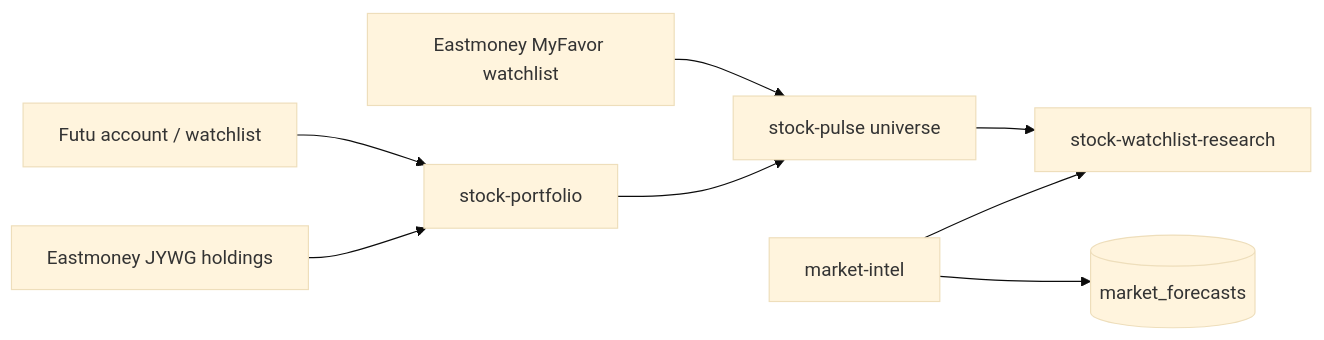
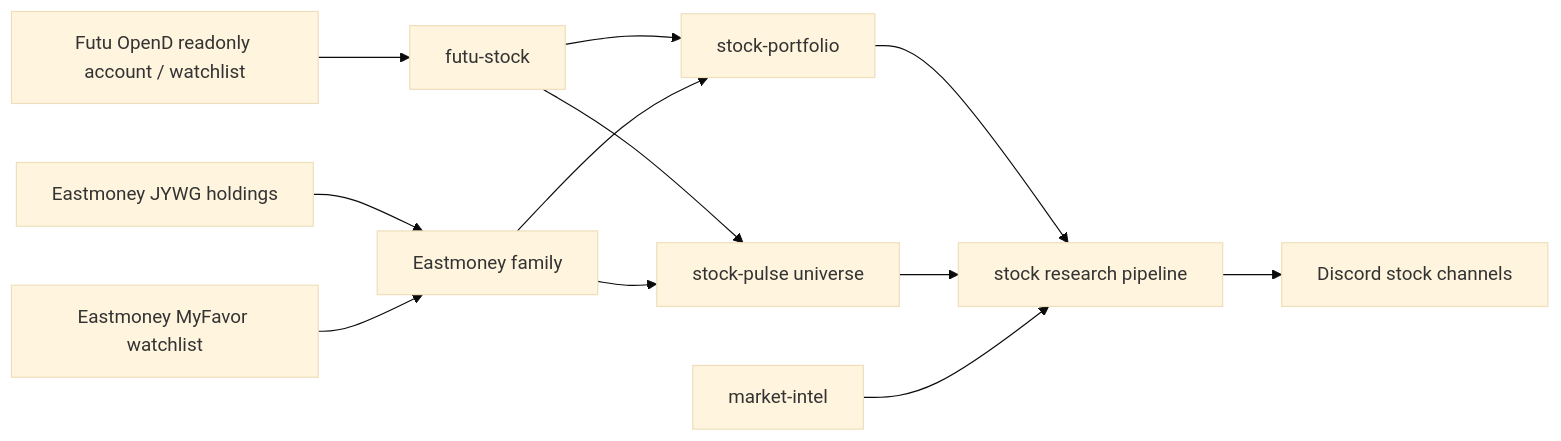
The diagram in docs/providers/stock/README.md (yuanyunfan/miniclaw), drawn with Mermaid (base theme) before and after one commit. The commit also changed other lines of this file and 49 other files, not shown here.

````diff
--- a/docs/providers/stock/README.md
+++ b/docs/providers/stock/README.md
@@ -7,10 +7,14 @@
 ```mermaid
 flowchart LR
-  Futu[Futu account / watchlist] --> Portfolio[stock-portfolio]
-  EastmoneyJYWG[Eastmoney JYWG holdings] --> Portfolio
-  EastmoneyMyFavor[Eastmoney MyFavor watchlist] --> Pulse[stock-pulse universe]
-  Portfolio --> Pulse
-  Pulse --> WatchlistResearch[stock-watchlist-research]
-  MarketIntel[market-intel] --> WatchlistResearch
-  MarketIntel --> Forecasts[(market_forecasts)]
+  Futu[Futu OpenD readonly account / watchlist] --> FutuProvider[futu-stock]
+  EastmoneyJYWG[Eastmoney JYWG holdings] --> Eastmoney[Eastmoney family]
+  EastmoneyMyFavor[Eastmoney MyFavor watchlist] --> Eastmoney
+  FutuProvider --> Portfolio[stock-portfolio]
+  Eastmoney --> Portfolio
+  FutuProvider --> Pulse[stock-pulse universe]
+  Eastmoney --> Pulse
+  Portfolio --> Research[stock research pipeline]
+  Pulse --> Research
+  MarketIntel[market-intel] --> Research
+  Research --> Discord[Discord stock channels]
 ```
````
